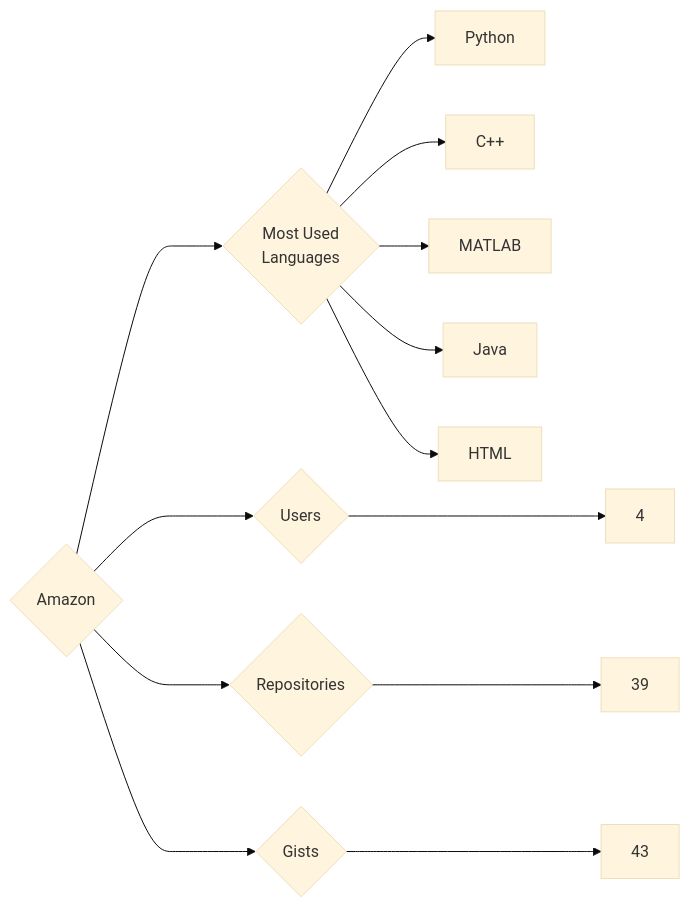
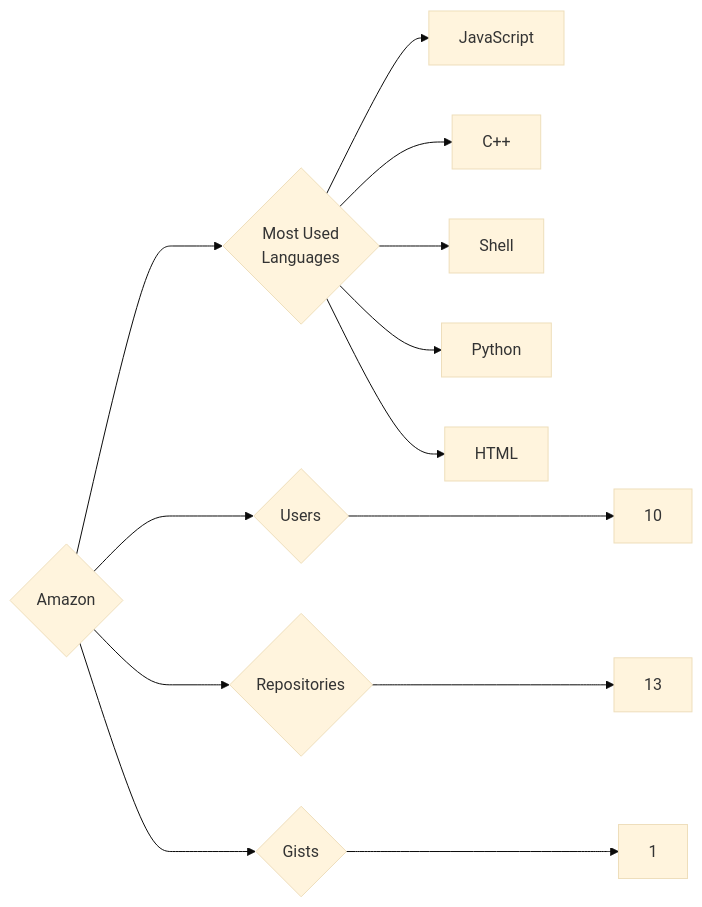
One commit to trickest/insiders changed the diagram in targets/Amazon/README.md. Above: the diagram before and after it, drawn with Mermaid (base theme). The commit also changed 860 other files, not shown here.

````diff
--- a/targets/Amazon/README.md
+++ b/targets/Amazon/README.md
@@ -3,13 +3,13 @@
 ```mermaid
 graph LR
 COMPANY_NAME{Amazon}
-COMPANY_NAME ---> U{Users} ---> UN[4]
-COMPANY_NAME ---> R{Repositories} ---> RN[39]
-COMPANY_NAME ---> G{Gists} ---> GN[43]
+COMPANY_NAME ---> U{Users} ---> UN[10]
+COMPANY_NAME ---> R{Repositories} ---> RN[13]
+COMPANY_NAME ---> G{Gists} ---> GN[1]
 COMPANY_NAME ---> ML{Most Used<br>Languages}
+ML --> JavaScript[JavaScript]
+ML --> C++[C++]
+ML --> Shell[Shell]
 ML --> Python[Python]
-ML --> C++[C++]
-ML --> MATLAB[MATLAB]
-ML --> Java[Java]
 ML --> HTML[HTML]
 ```
````
